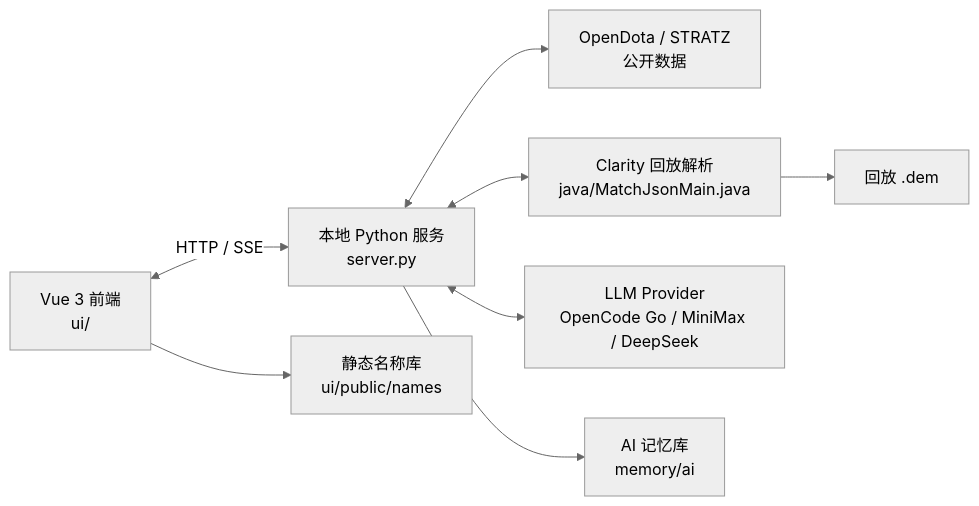
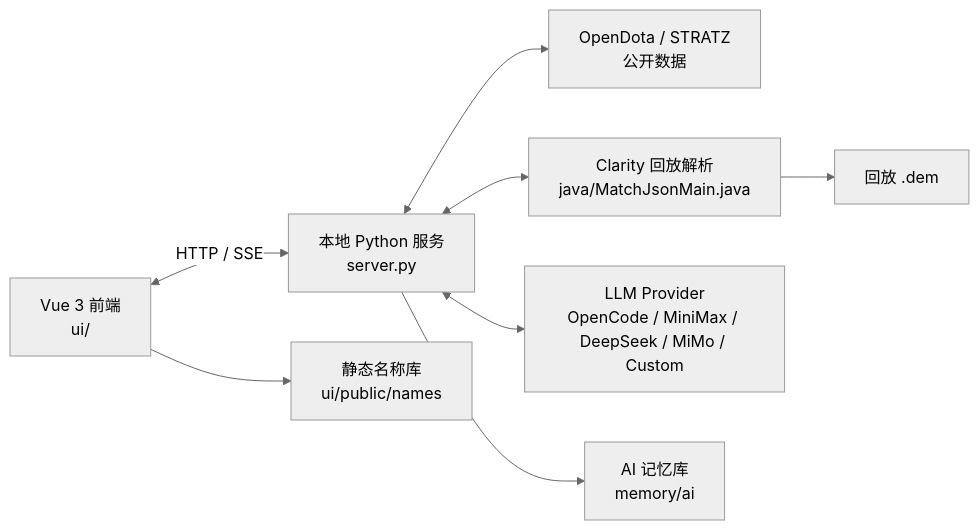
The diagram in README.md (LiBaiQiYu/TrueSight), drawn with Mermaid (neutral theme) before and after one commit. The commit also changed other lines of this file and 9 other files, not shown here.

Commit message:
feat: add Xiaomi, OpenAI and custom model providers

````diff
--- a/README.md
+++ b/README.md
@@ -134,10 +134,10 @@
 ```mermaid
 flowchart LR
   A["Vue 3 前端<br/>ui/"] <-->|HTTP / SSE| B["本地 Python 服务<br/>server.py"]
   B <--> C["OpenDota / STRATZ<br/>公开数据"]
   B <--> D["Clarity 回放解析<br/>java/MatchJsonMain.java"]
   D --> E["回放 .dem"]
-  B <--> F["LLM Provider<br/>OpenCode Go / MiniMax / DeepSeek"]
+  B <--> F["LLM Provider<br/>OpenCode / MiniMax / DeepSeek / MiMo / Custom"]
   A --> G["静态名称库<br/>ui/public/names"]
   B --> H["AI 记忆库<br/>memory/ai"]
 ```
````
